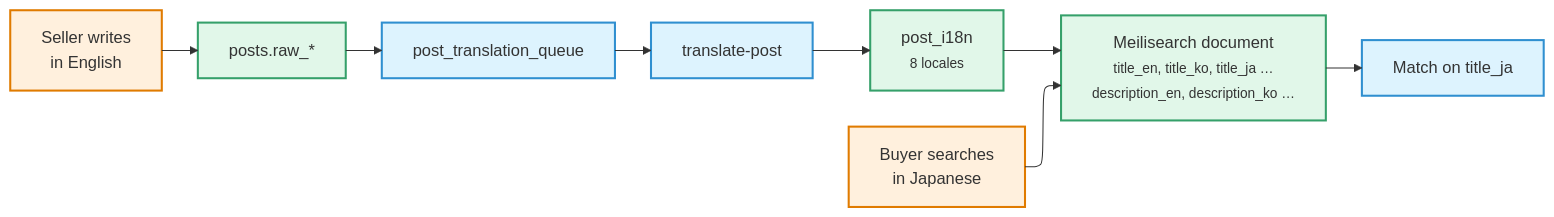
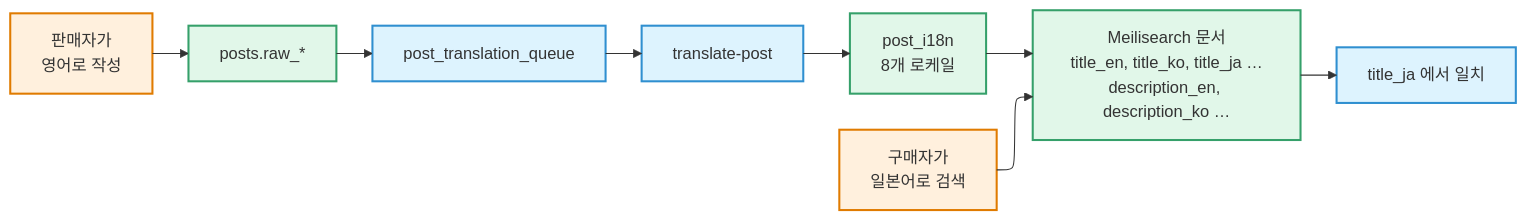
Before and after one commit to PopOut-Market/popout-docs: the fifth of 6 diagrams in docs/engineering/architecture.md, drawn with Mermaid. The commit also changed other lines of this file and 45 other files, not shown here.

````diff
--- a/docs/engineering/architecture.md
+++ b/docs/engineering/architecture.md
@@ -262,19 +255,19 @@
 ```mermaid
 %%{init: {"layout": "elk"}}%%
 flowchart LR
-    w["Seller writes<br/>in English"] --> raw["posts.raw_*"]
+    w["판매자가<br/>영어로 작성"] --> raw["posts.raw_*"]
     raw --> tq["post_translation_queue"]
     tq --> tp["translate-post"]
-    tp --> i18n["post_i18n<br/><small>8 locales</small>"]
-    i18n --> idx["Meilisearch document<br/><small>title_en, title_ko, title_ja …<br/>description_en, description_ko …</small>"]
-    jp["Buyer searches<br/>in Japanese"] --> idx
-    idx --> hit["Match on title_ja"]
+    tp --> i18n["post_i18n<br/>8개 로케일"]
+    i18n --> idx["Meilisearch 문서<br/>title_en, title_ko, title_ja …<br/>description_en, description_ko …"]
+    jp["구매자가<br/>일본어로 검색"] --> idx
+    idx --> hit["title_ja 에서 일치"]
 
     classDef client fill:#ff8c0022,stroke:#e07b00,stroke-width:2px
     classDef data fill:#22c55e22,stroke:#35a06a,stroke-width:2px
     classDef edge fill:#00a6f422,stroke:#2f8fd0,stroke-width:2px
 
     class w,jp client
     class raw,i18n,idx data
     class tq,tp,hit edge
 ```
````
